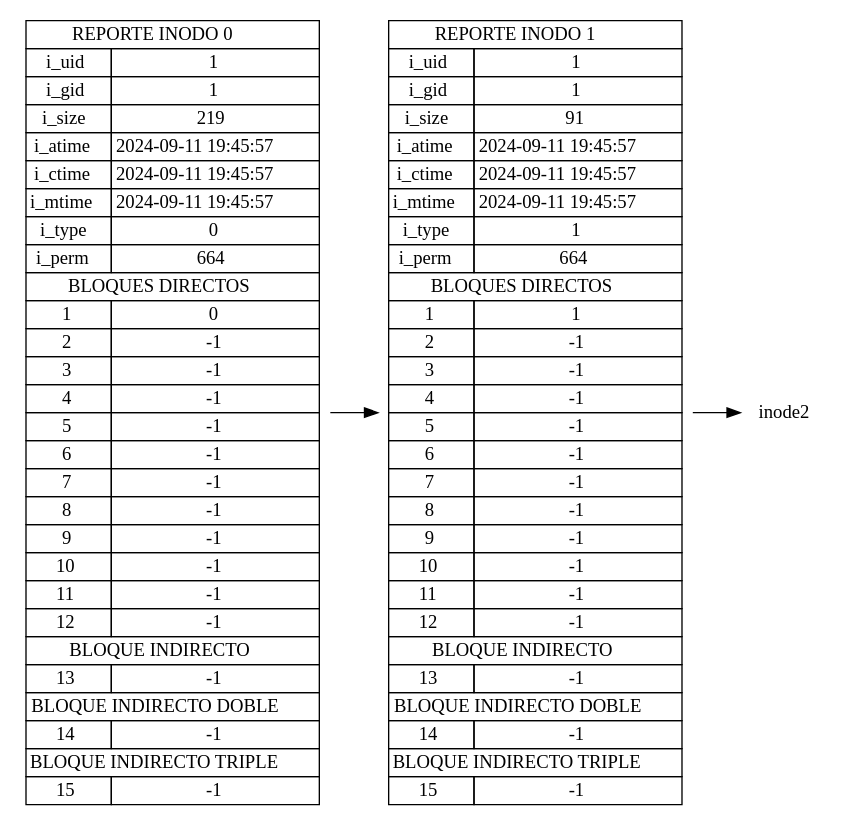
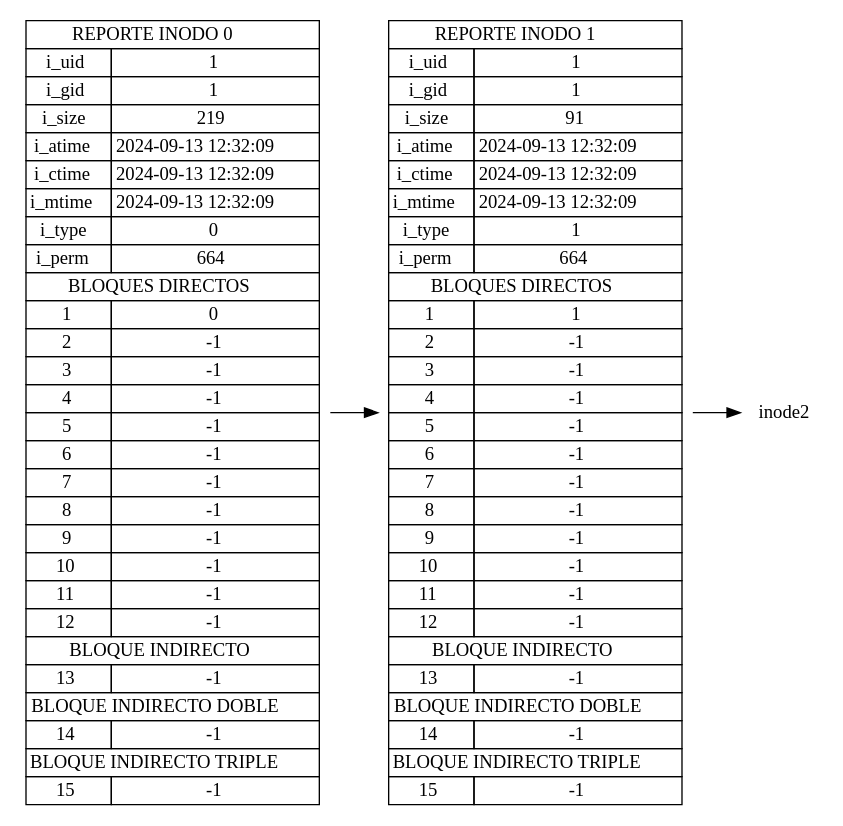
Before and after one commit to Josue013/MIA_2S_P1_202202481: the diagram in output/reporteINODE.pdf.dot, drawn with Graphviz. The commit also changed 14 other files, not shown here.

```diff
--- a/output/reporteINODE.pdf.dot
+++ b/output/reporteINODE.pdf.dot
@@ -1,46 +1,46 @@
 digraph G {
 			rankdir=LR;
 			node [shape=plaintext]
 	inode0 [label=<
 					<table border="0" cellborder="1" cellspacing="0">
 							<tr><td colspan="2"> REPORTE INODO 0 </td></tr>
 							<tr><td>i_uid</td><td>1</td></tr>
 							<tr><td>i_gid</td><td>1</td></tr>
 							<tr><td>i_size</td><td>219</td></tr>
-							<tr><td>i_atime</td><td>2024-09-11 19:45:57</td></tr>
-							<tr><td>i_ctime</td><td>2024-09-11 19:45:57</td></tr>
-							<tr><td>i_mtime</td><td>2024-09-11 19:45:57</td></tr>
+							<tr><td>i_atime</td><td>2024-09-13 12:32:09</td></tr>
+							<tr><td>i_ctime</td><td>2024-09-13 12:32:09</td></tr>
+							<tr><td>i_mtime</td><td>2024-09-13 12:32:09</td></tr>
 							<tr><td>i_type</td><td>0</td></tr>
 							<tr><td>i_perm</td><td>664</td></tr>
 							<tr><td colspan="2">BLOQUES DIRECTOS</td></tr>
 					<tr><td>1</td><td>0</td></tr><tr><td>2</td><td>-1</td></tr><tr><td>3</td><td>-1</td></tr><tr><td>4</td><td>-1</td></tr><tr><td>5</td><td>-1</td></tr><tr><td>6</td><td>-1</td></tr><tr><td>7</td><td>-1</td></tr><tr><td>8</td><td>-1</td></tr><tr><td>9</td><td>-1</td></tr><tr><td>10</td><td>-1</td></tr><tr><td>11</td><td>-1</td></tr><tr><td>12</td><td>-1</td></tr>
 							<tr><td colspan="2">BLOQUE INDIRECTO</td></tr>
 							<tr><td>13</td><td>-1</td></tr>
 							<tr><td colspan="2">BLOQUE INDIRECTO DOBLE</td></tr>
 							<tr><td>14</td><td>-1</td></tr>
 							<tr><td colspan="2">BLOQUE INDIRECTO TRIPLE</td></tr>
 							<tr><td>15</td><td>-1</td></tr>
 					</table>>];
 			inode0 -> inode1;
 inode1 [label=<
 					<table border="0" cellborder="1" cellspacing="0">
 							<tr><td colspan="2"> REPORTE INODO 1 </td></tr>
 							<tr><td>i_uid</td><td>1</td></tr>
 							<tr><td>i_gid</td><td>1</td></tr>
 							<tr><td>i_size</td><td>91</td></tr>
-							<tr><td>i_atime</td><td>2024-09-11 19:45:57</td></tr>
-							<tr><td>i_ctime</td><td>2024-09-11 19:45:57</td></tr>
-							<tr><td>i_mtime</td><td>2024-09-11 19:45:57</td></tr>
+							<tr><td>i_atime</td><td>2024-09-13 12:32:09</td></tr>
+							<tr><td>i_ctime</td><td>2024-09-13 12:32:09</td></tr>
+							<tr><td>i_mtime</td><td>2024-09-13 12:32:09</td></tr>
 							<tr><td>i_type</td><td>1</td></tr>
 							<tr><td>i_perm</td><td>664</td></tr>
 							<tr><td colspan="2">BLOQUES DIRECTOS</td></tr>
 					<tr><td>1</td><td>1</td></tr><tr><td>2</td><td>-1</td></tr><tr><td>3</td><td>-1</td></tr><tr><td>4</td><td>-1</td></tr><tr><td>5</td><td>-1</td></tr><tr><td>6</td><td>-1</td></tr><tr><td>7</td><td>-1</td></tr><tr><td>8</td><td>-1</td></tr><tr><td>9</td><td>-1</td></tr><tr><td>10</td><td>-1</td></tr><tr><td>11</td><td>-1</td></tr><tr><td>12</td><td>-1</td></tr>
 							<tr><td colspan="2">BLOQUE INDIRECTO</td></tr>
 							<tr><td>13</td><td>-1</td></tr>
 							<tr><td colspan="2">BLOQUE INDIRECTO DOBLE</td></tr>
 							<tr><td>14</td><td>-1</td></tr>
 							<tr><td colspan="2">BLOQUE INDIRECTO TRIPLE</td></tr>
 							<tr><td>15</td><td>-1</td></tr>
 					</table>>];
 			inode1 -> inode2;
 }
```
